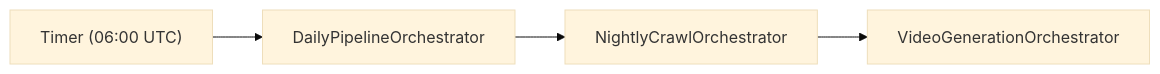
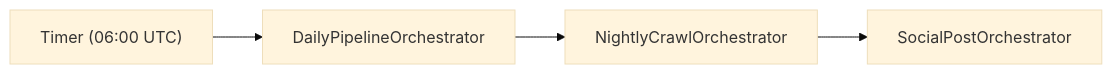
Before and after one commit to Steinklo/dev-news: the first of 5 diagrams in README.md, drawn with Mermaid (base theme). The commit also changed other lines of this file, not shown here.

First line of the commit message:
Update README with new social post pipeline and daily video

````diff
--- a/README.md
+++ b/README.md
@@ -11,6 +9,6 @@
 ```mermaid
 flowchart LR
     Timer["Timer (06:00 UTC)"] --> DP[DailyPipelineOrchestrator]
     DP --> Crawl[NightlyCrawlOrchestrator]
-    Crawl --> Video[VideoGenerationOrchestrator]
+    Crawl --> Social[SocialPostOrchestrator]
 ```
````
